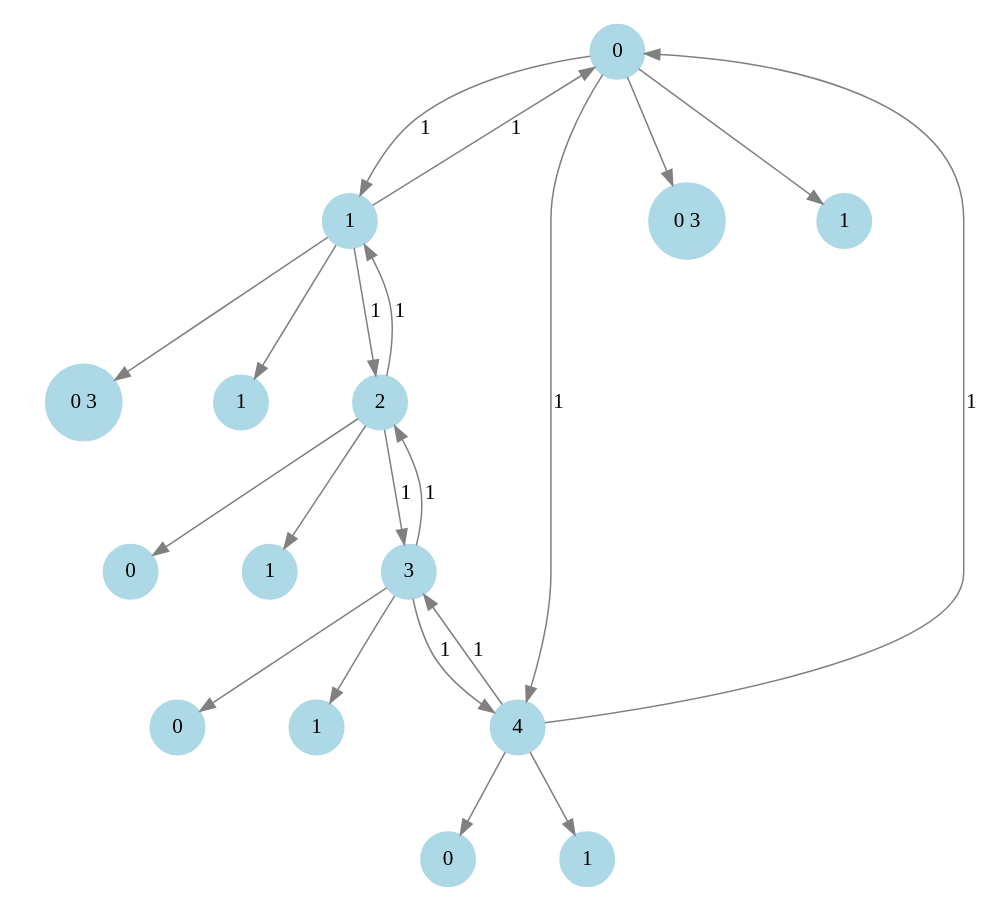
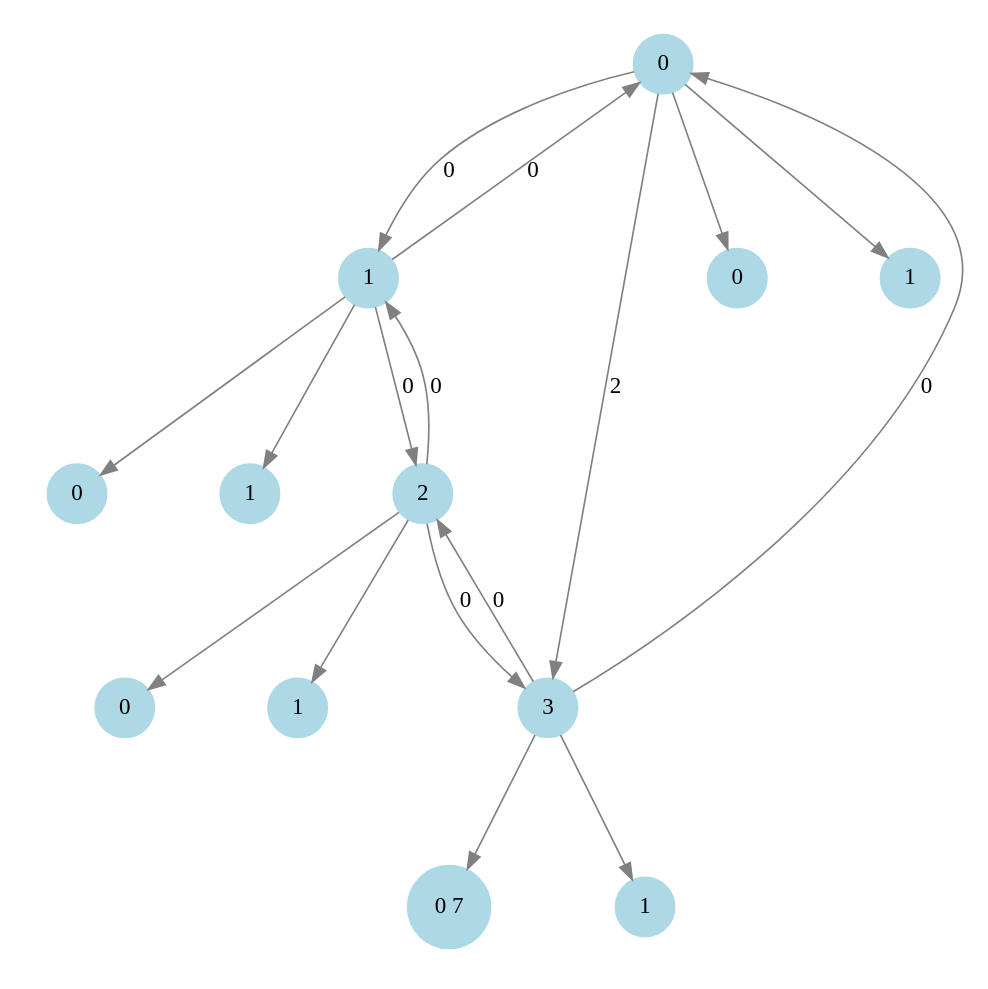
One commit to Fede108/Algoritmos-y-estructura-de-Datos changed the diagram in Trabajo_Final/src/grafo.dot. Above: the diagram before and after it, drawn with Graphviz. The commit also changed 7 other files, not shown here.

```diff
--- a/Trabajo_Final/src/grafo.dot
+++ b/Trabajo_Final/src/grafo.dot
@@ -1,36 +1,30 @@
 digraph G {
     node [shape=circle, style=filled, color=lightblue];
     edge [color=gray, penwidth=1];
     size="8,8";
     ratio="fill";
-    0 -> 1 [label="1"];
-    0 -> 4 [label="1"];
+    0 -> 1 [label="0"];
+    0 -> 3 [label="2"];
     0 -> 00;
-    00 [label="0 3"];
+    00 [label="0"];
     0 -> 10;
     10 [label="1"];
-    1 -> 0 [label="1"];
-    1 -> 2 [label="1"];
+    1 -> 0 [label="0"];
+    1 -> 2 [label="0"];
     1 -> 01;
-    01 [label="0 3"];
+    01 [label="0"];
     1 -> 11;
     11 [label="1"];
-    2 -> 1 [label="1"];
-    2 -> 3 [label="1"];
+    2 -> 1 [label="0"];
+    2 -> 3 [label="0"];
     2 -> 02;
     02 [label="0"];
     2 -> 12;
     12 [label="1"];
-    3 -> 2 [label="1"];
-    3 -> 4 [label="1"];
+    3 -> 0 [label="0"];
+    3 -> 2 [label="0"];
     3 -> 03;
-    03 [label="0"];
+    03 [label="0 7"];
     3 -> 13;
     13 [label="1"];
-    4 -> 0 [label="1"];
-    4 -> 3 [label="1"];
-    4 -> 04;
-    04 [label="0"];
-    4 -> 14;
-    14 [label="1"];
 }
```
